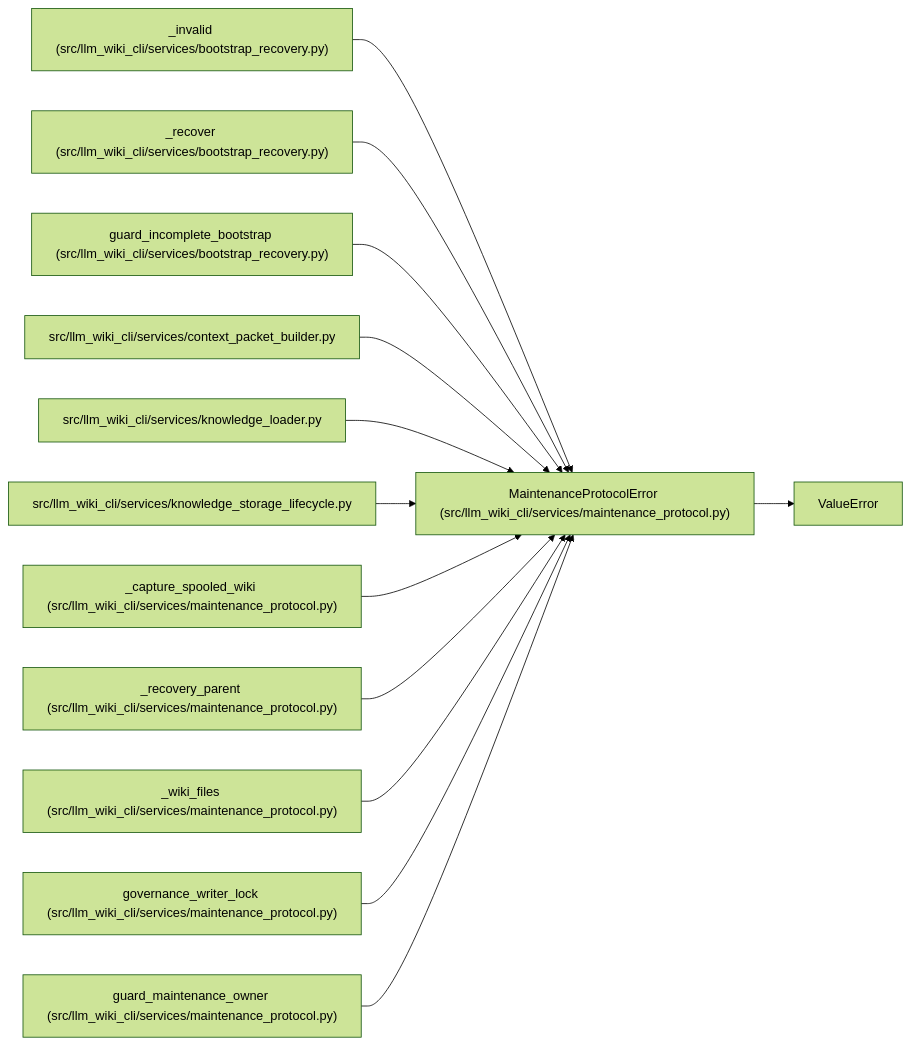
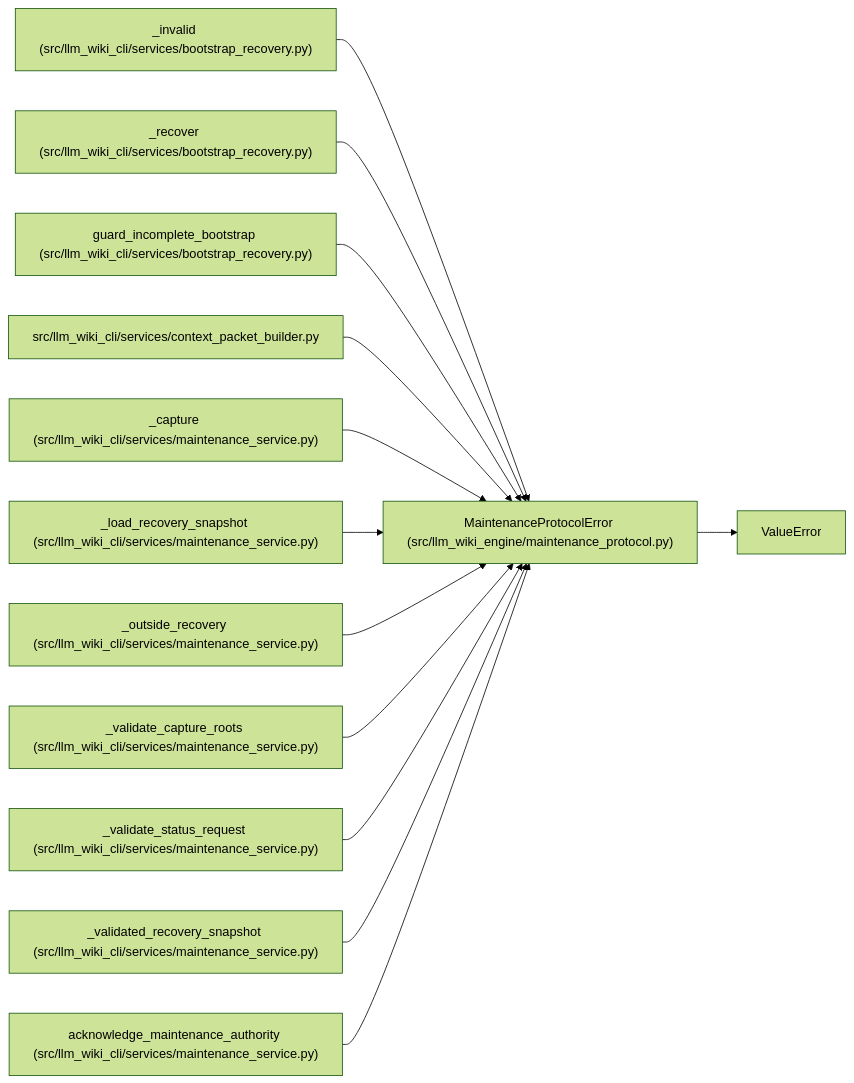
Before and after one commit to Denissvgn/python-wiki-llm: the diagram in docs/llm_wiki/entities/MaintenanceProtocolError.md, drawn with Mermaid (forest theme). The commit also changed other lines of this file and 1058 other files, not shown here.

First line of the commit message:
docs: refresh the wiki for the knowledge store move

````diff
--- a/docs/llm_wiki/entities/MaintenanceProtocolError.md
+++ b/docs/llm_wiki/entities/MaintenanceProtocolError.md
@@ -25,40 +25,40 @@
 ```mermaid
 flowchart LR
-    n0["MaintenanceProtocolError (src/llm_wiki_cli/services/maintenance_protocol.py)"]
+    n0["MaintenanceProtocolError (src/llm_wiki_engine/maintenance_protocol.py)"]
     n1["ValueError"]
     n2["_invalid (src/llm_wiki_cli/services/bootstrap_recovery.py)"]
     n3["_recover (src/llm_wiki_cli/services/bootstrap_recovery.py)"]
     n4["guard_incomplete_bootstrap (src/llm_wiki_cli/services/bootstrap_recovery.py)"]
     n5["src/llm_wiki_cli/services/context_packet_builder.py"]
-    n6["src/llm_wiki_cli/services/knowledge_loader.py"]
-    n7["src/llm_wiki_cli/services/knowledge_storage_lifecycle.py"]
-    n8["_capture_spooled_wiki (src/llm_wiki_cli/services/maintenance_protocol.py)"]
-    n9["_recovery_parent (src/llm_wiki_cli/services/maintenance_protocol.py)"]
-    n10["_wiki_files (src/llm_wiki_cli/services/maintenance_protocol.py)"]
-    n11["governance_writer_lock (src/llm_wiki_cli/services/maintenance_protocol.py)"]
-    n12["guard_maintenance_owner (src/llm_wiki_cli/services/maintenance_protocol.py)"]
+    n6["_capture (src/llm_wiki_cli/services/maintenance_service.py)"]
+    n7["_load_recovery_snapshot (src/llm_wiki_cli/services/maintenance_service.py)"]
+    n8["_outside_recovery (src/llm_wiki_cli/services/maintenance_service.py)"]
+    n9["_validate_capture_roots (src/llm_wiki_cli/services/maintenance_service.py)"]
+    n10["_validate_status_request (src/llm_wiki_cli/services/maintenance_service.py)"]
+    n11["_validated_recovery_snapshot (src/llm_wiki_cli/services/maintenance_service.py)"]
+    n12["acknowledge_maintenance_authority (src/llm_wiki_cli/services/maintenance_service.py)"]
     n0 --> n1
     n2 --> n0
     n3 --> n0
     n4 --> n0
     n5 --> n0
     n6 --> n0
     n7 --> n0
     n8 --> n0
     n9 --> n0
     n10 --> n0
     n11 --> n0
     n12 --> n0
     click n0 "../modules/maintenance_protocol.md"
     click n2 "../modules/bootstrap_recovery.md"
     click n3 "../modules/bootstrap_recovery.md"
     click n4 "../modules/bootstrap_recovery.md"
     click n5 "../modules/context_packet_builder.md"
-    click n6 "../modules/knowledge_loader.md"
-    click n7 "../modules/knowledge_storage_lifecycle.md"
-    click n8 "../modules/maintenance_protocol.md"
-    click n9 "../modules/maintenance_protocol.md"
-    click n10 "../modules/maintenance_protocol.md"
-    click n11 "../modules/maintenance_protocol.md"
-    click n12 "../modules/maintenance_protocol.md"
+    click n6 "../modules/maintenance_service.md"
+    click n7 "../modules/maintenance_service.md"
+    click n8 "../modules/maintenance_service.md"
+    click n9 "../modules/maintenance_service.md"
+    click n10 "../modules/maintenance_service.md"
+    click n11 "../modules/maintenance_service.md"
+    click n12 "../modules/maintenance_service.md"
 ```
````
